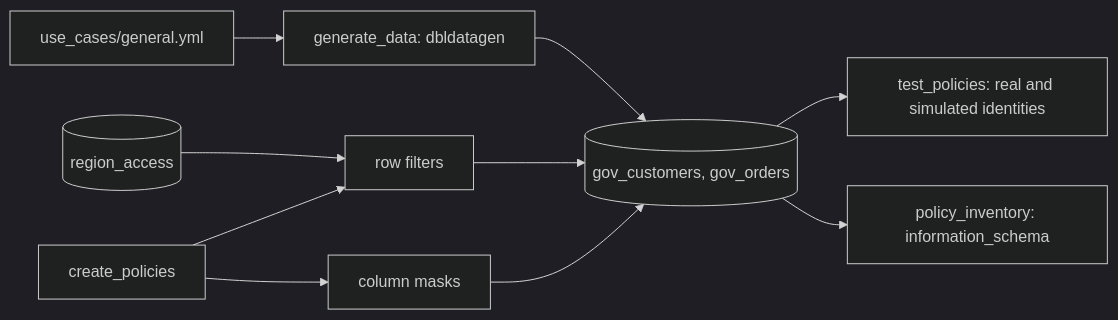
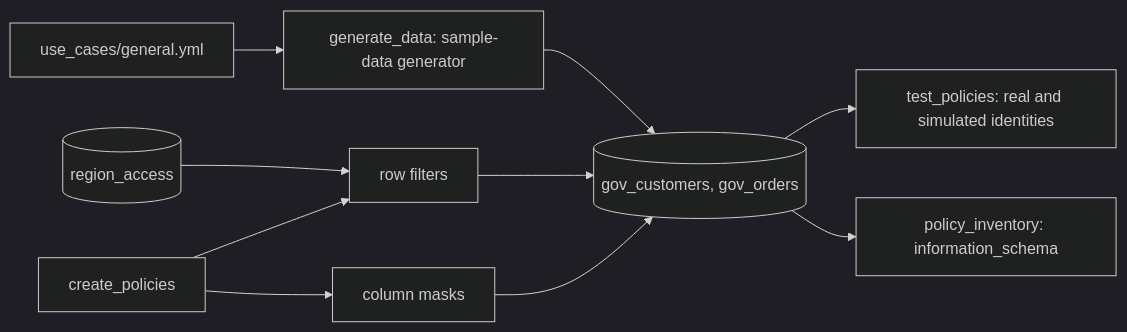
Before and after one commit to pengbricks/pengbricks-app-capabilities-walkthrough: the diagram in reference/governance/guides/row-column-security/README.md, drawn with Mermaid (dark theme). The commit also changed 209 other files, not shown here.

First line of the commit message:
Add CDC and Delta/Iceberg guides with shared sample data

````diff
--- a/reference/governance/guides/row-column-security/README.md
+++ b/reference/governance/guides/row-column-security/README.md
@@ -32,12 +32,12 @@
 ```mermaid
 flowchart LR
-  S[use_cases/general.yml] --> G[generate_data: dbldatagen]
+  S[use_cases/general.yml] --> G[generate_data: sample-data generator]
   G --> T[(gov_customers, gov_orders)]
   M[(region_access)] --> F
   P[create_policies] --> F[row filters]
   P --> K[column masks]
   F --> T
   K --> T
   T --> X[test_policies: real and simulated identities]
   T --> I[policy_inventory: information_schema]
 ```
````
